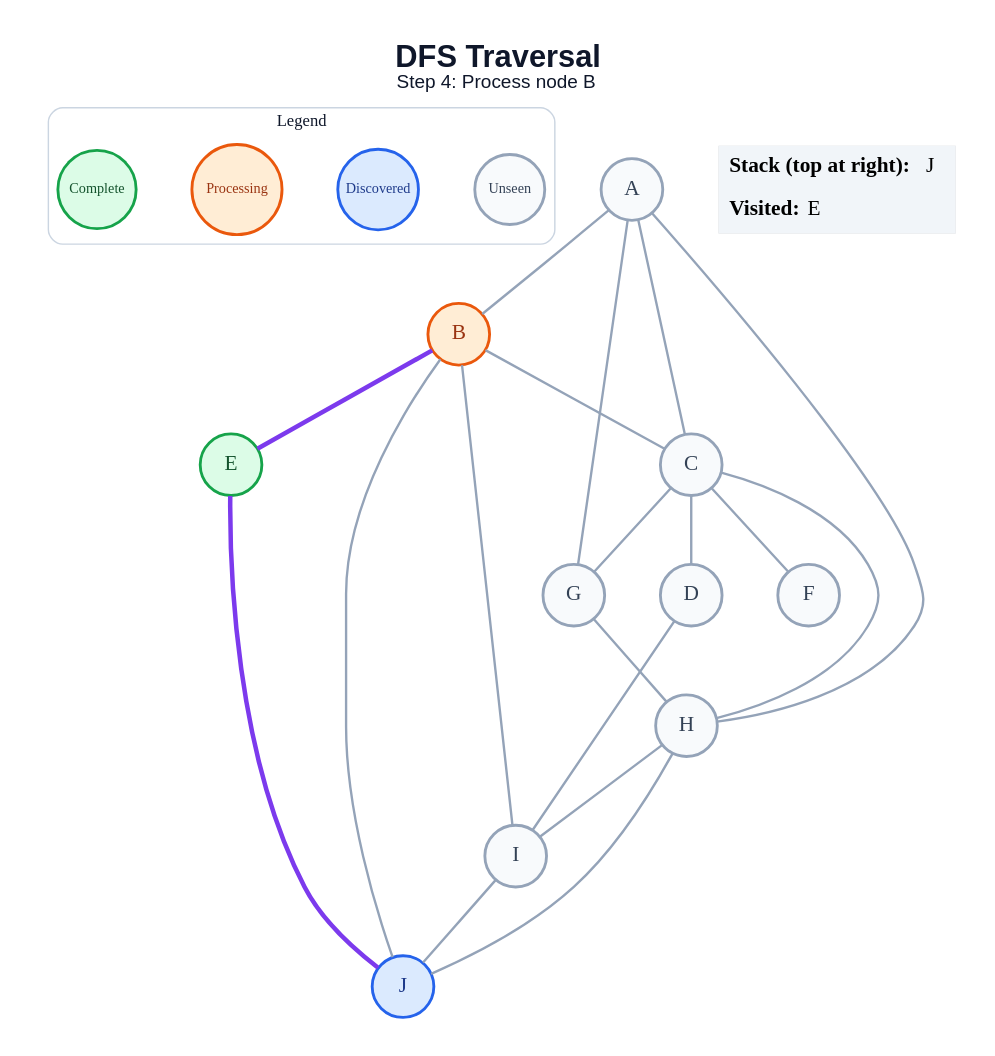
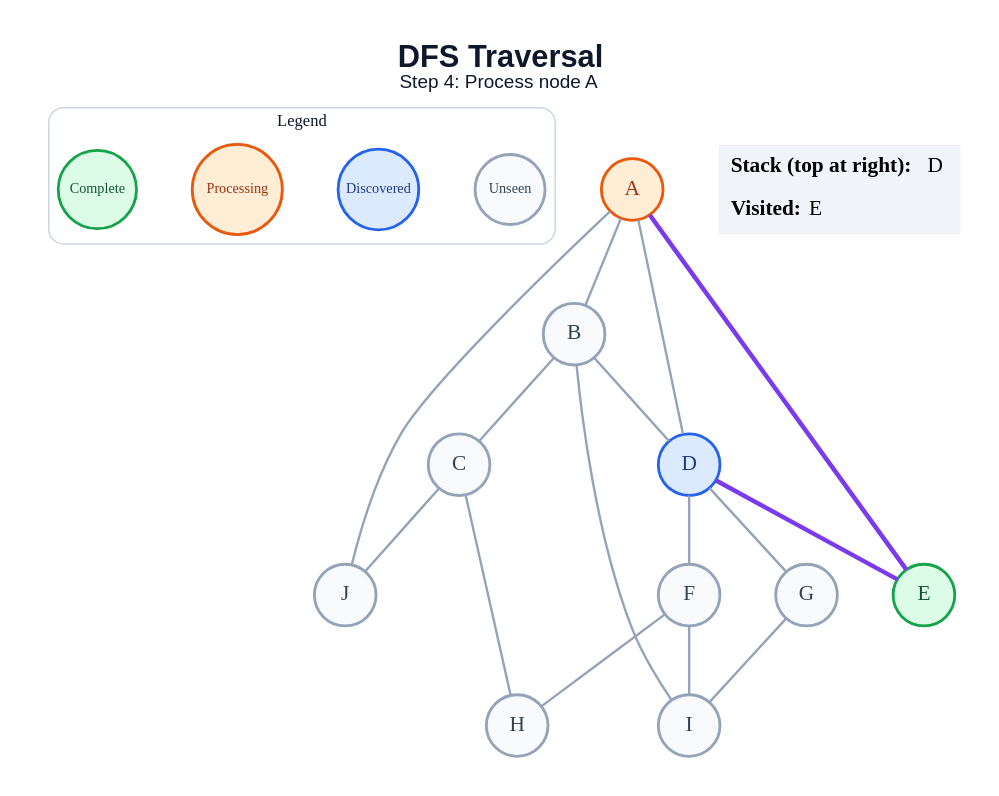
Before and after one commit to amanghodawala9/ai-slop: the diagram in generated/specific-node/dfs/step_04.dot, drawn with Graphviz. The commit also changed 178 other files, not shown here.

```diff
--- a/generated/specific-node/dfs/step_04.dot
+++ b/generated/specific-node/dfs/step_04.dot
@@ -1,47 +1,44 @@
 graph traversal {
   graph [layout=dot, rankdir=TB, bgcolor="#FFFFFF", pad="0.35", nodesep="0.65", ranksep="0.8", fontname="Arial"];
   node [shape=circle, style="filled", fontname="Arial Bold", fontsize=18, width=0.72, fixedsize=true, penwidth=2.4];
   edge [color="#94A3B8", penwidth=2.0];
-  label=<<B>DFS Traversal</B><BR/><FONT POINT-SIZE="16">Step 4: Process node B</FONT>>; labelloc="t"; fontsize=26; fontname="Arial"; fontcolor="#0F172A";
+  label=<<B>DFS Traversal</B><BR/><FONT POINT-SIZE="16">Step 4: Process node A</FONT>>; labelloc="t"; fontsize=26; fontname="Arial"; fontcolor="#0F172A";
   subgraph cluster_legend { label="Legend"; color="#CBD5E1"; penwidth=1.2; style="rounded"; fontsize=14; fontname="Arial Bold";
     key_unseen [label="Unseen", fillcolor="#F8FAFC", color="#94A3B8", fontcolor="#334155", fontsize=12, width=0.82];
     key_frontier [label="Discovered", fillcolor="#DBEAFE", color="#2563EB", fontcolor="#1E3A8A", fontsize=12, width=0.95];
     key_current [label="Processing", fillcolor="#FFEDD5", color="#EA580C", fontcolor="#9A3412", fontsize=12, width=1.05];
     key_done [label="Complete", fillcolor="#DCFCE7", color="#16A34A", fontcolor="#14532D", fontsize=12, width=0.92];
     { rank=same; key_unseen; key_frontier; key_current; key_done; }
   }
-  A [fillcolor="#F8FAFC", color="#94A3B8", fontcolor="#334155"];
-  B [fillcolor="#FFEDD5", color="#EA580C", fontcolor="#9A3412"];
+  A [fillcolor="#FFEDD5", color="#EA580C", fontcolor="#9A3412"];
+  B [fillcolor="#F8FAFC", color="#94A3B8", fontcolor="#334155"];
   C [fillcolor="#F8FAFC", color="#94A3B8", fontcolor="#334155"];
-  D [fillcolor="#F8FAFC", color="#94A3B8", fontcolor="#334155"];
+  D [fillcolor="#DBEAFE", color="#2563EB", fontcolor="#1E3A8A"];
   E [fillcolor="#DCFCE7", color="#16A34A", fontcolor="#14532D"];
   F [fillcolor="#F8FAFC", color="#94A3B8", fontcolor="#334155"];
   G [fillcolor="#F8FAFC", color="#94A3B8", fontcolor="#334155"];
   H [fillcolor="#F8FAFC", color="#94A3B8", fontcolor="#334155"];
   I [fillcolor="#F8FAFC", color="#94A3B8", fontcolor="#334155"];
-  J [fillcolor="#DBEAFE", color="#2563EB", fontcolor="#1E3A8A"];
+  J [fillcolor="#F8FAFC", color="#94A3B8", fontcolor="#334155"];
   A -- B;
-  A -- C;
-  A -- G;
-  A -- H;
+  A -- D;
+  A -- E [color="#7C3AED", penwidth=3.8];
+  A -- J;
   B -- C;
-  B -- E [color="#7C3AED", penwidth=3.8];
+  B -- D;
   B -- I;
-  B -- J;
-  C -- D;
-  C -- F;
-  C -- G;
   C -- H;
-  D -- I;
-  E -- J [color="#7C3AED", penwidth=3.8];
-  G -- H;
-  H -- I;
-  H -- J;
-  I -- J;
+  C -- J;
+  D -- E [color="#7C3AED", penwidth=3.8];
+  D -- F;
+  D -- G;
+  F -- H;
+  F -- I;
+  G -- I;
   status [shape=plain, fixedsize=false, width=0, height=0, margin=0, label=<
     <TABLE BORDER="0" CELLBORDER="0" CELLPADDING="7" BGCOLOR="#F1F5F9">
-      <TR><TD ALIGN="LEFT"><B>Stack (top at right):</B> J</TD></TR>
+      <TR><TD ALIGN="LEFT"><B>Stack (top at right):</B> D</TD></TR>
       <TR><TD ALIGN="LEFT"><B>Visited:</B> E</TD></TR>
     </TABLE>
   >];
 }
```
